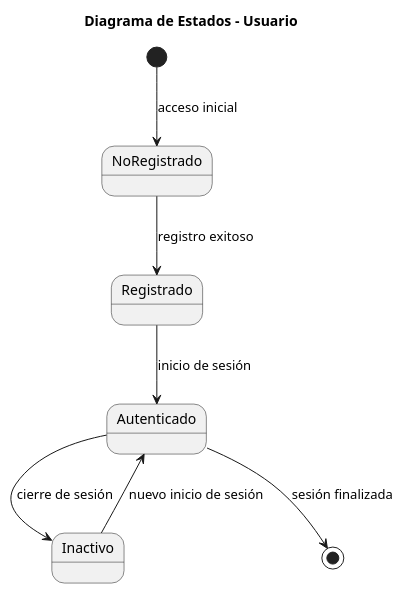
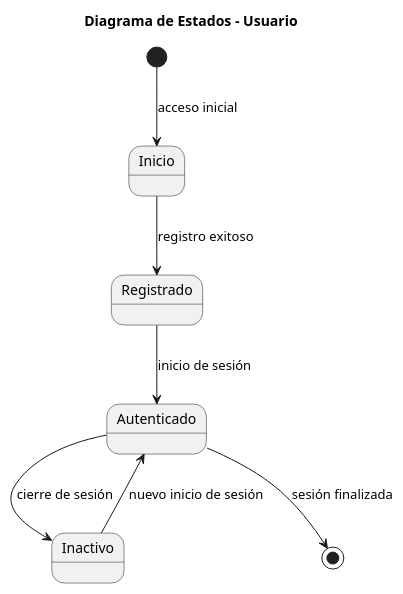
One commit to Luci1274/plant changed the diagram in Final_ing2/Diagrama_estado_Gonzalez_usuario.puml. Above: the diagram before and after it, drawn with PlantUML. The commit also changed 19 other files, not shown here.

```diff
--- a/Final_ing2/Diagrama_estado_Gonzalez_usuario.puml
+++ b/Final_ing2/Diagrama_estado_Gonzalez_usuario.puml
@@ -1,11 +1,11 @@
 @startuml
 title Diagrama de Estados - Usuario
 
-[*] --> NoRegistrado : acceso inicial
-NoRegistrado --> Registrado : registro exitoso
+[*] --> Inicio : acceso inicial
+Inicio --> Registrado : registro exitoso
 Registrado --> Autenticado : inicio de sesión
 Autenticado --> Inactivo : cierre de sesión
 Inactivo --> Autenticado : nuevo inicio de sesión
 Autenticado --> [*] : sesión finalizada
 
 @enduml
```
